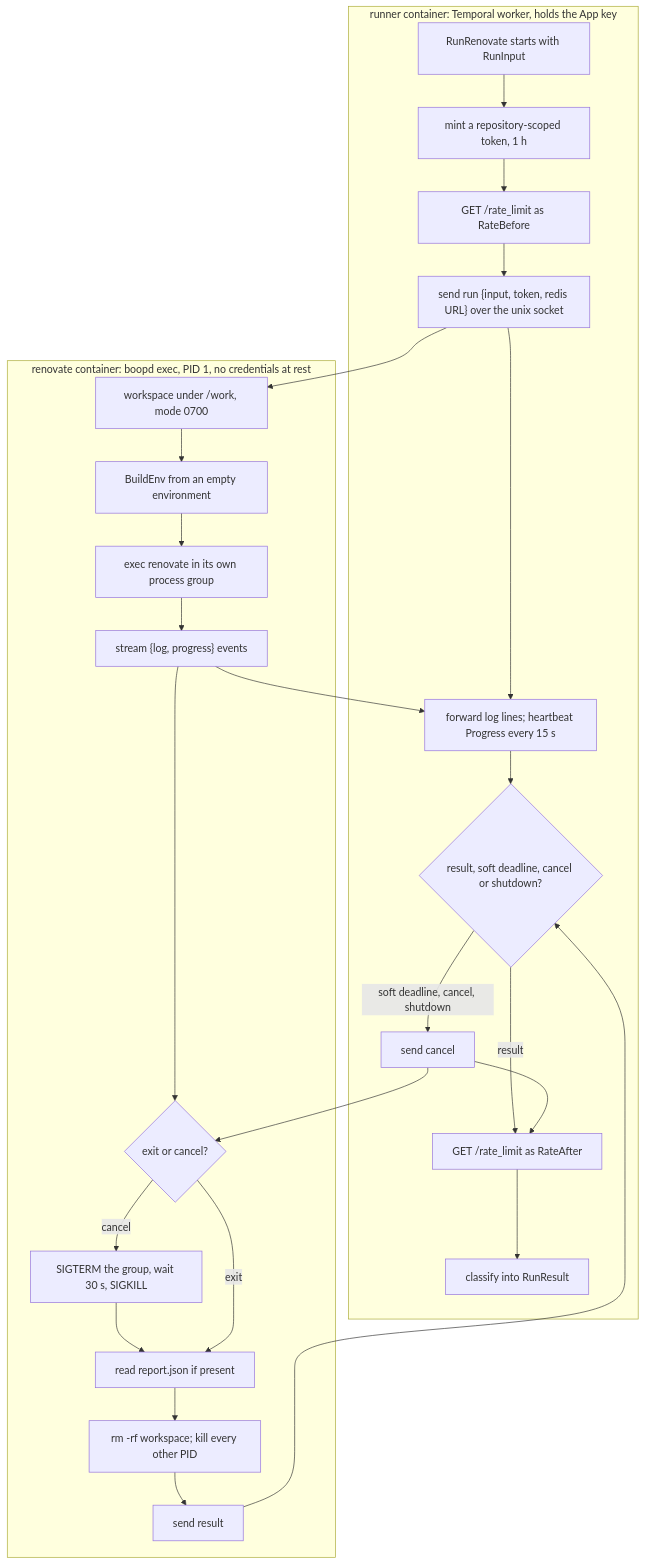
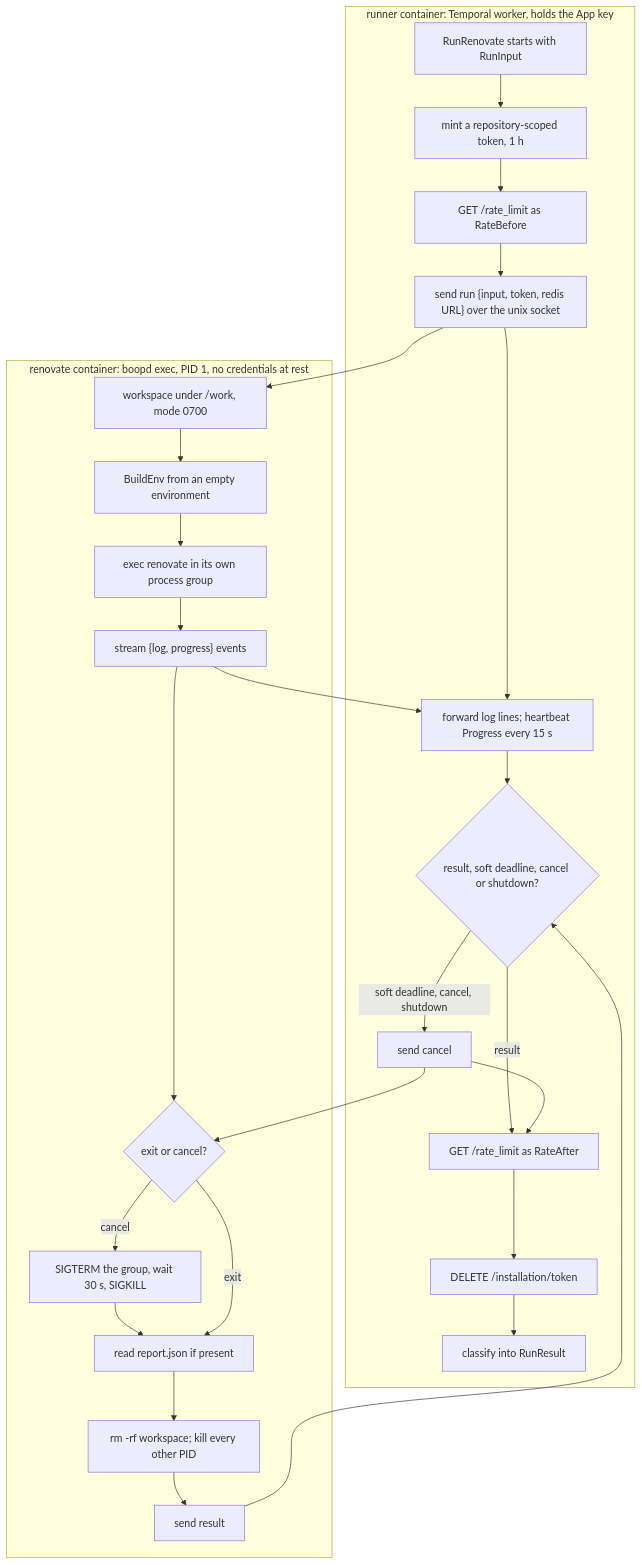
One commit to donaldgifford/boop changed the fourth of 4 diagrams in docs/design/0001-boopd-spike-workflows-runrenovate-activity-and-worker.md. Above: the diagram before and after it, drawn with Mermaid. The commit also changed other lines of this file and 1 other file, not shown here.

First line of the commit message:
docs: add OQ11 (App key custody, OpenBao deferred) and token revocation to DESIGN-0001

````diff
--- a/docs/design/0001-boopd-spike-workflows-runrenovate-activity-and-worker.md
+++ b/docs/design/0001-boopd-spike-workflows-runrenovate-activity-and-worker.md
@@ -531,29 +536,30 @@
 ```mermaid
 flowchart TD
   subgraph RN["runner container: Temporal worker, holds the App key"]
     A["RunRenovate starts with RunInput"] --> B["mint a repository-scoped token, 1 h"]
     B --> C["GET /rate_limit as RateBefore"]
     C --> D["send run {input, token, redis URL} over the unix socket"]
     D --> G["forward log lines; heartbeat Progress every 15 s"]
     G --> H{"result, soft deadline, cancel or shutdown?"}
     H -- "soft deadline, cancel, shutdown" --> I["send cancel"]
     H -- result --> K["GET /rate_limit as RateAfter"]
     I --> K
-    K --> M["classify into RunResult"]
+    K --> L["DELETE /installation/token"]
+    L --> M["classify into RunResult"]
   end
   subgraph EX["renovate container: boopd exec, PID 1, no credentials at rest"]
     E1["workspace under /work, mode 0700"] --> E2["BuildEnv from an empty environment"]
     E2 --> E3["exec renovate in its own process group"]
     E3 --> E4["stream {log, progress} events"]
     E4 --> E5{"exit or cancel?"}
     E5 -- cancel --> E6["SIGTERM the group, wait 30 s, SIGKILL"]
     E6 --> E7
     E5 -- exit --> E7["read report.json if present"]
     E7 --> E8["rm -rf workspace; kill every other PID"]
     E8 --> E9["send result"]
   end
   D --> E1
   E4 --> G
   I --> E5
   E9 --> H
 ```
````
